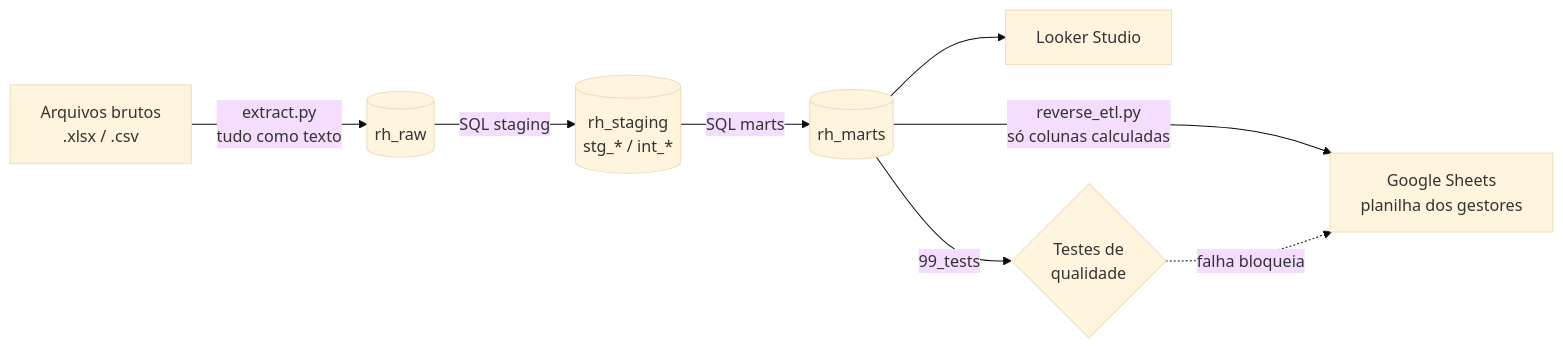
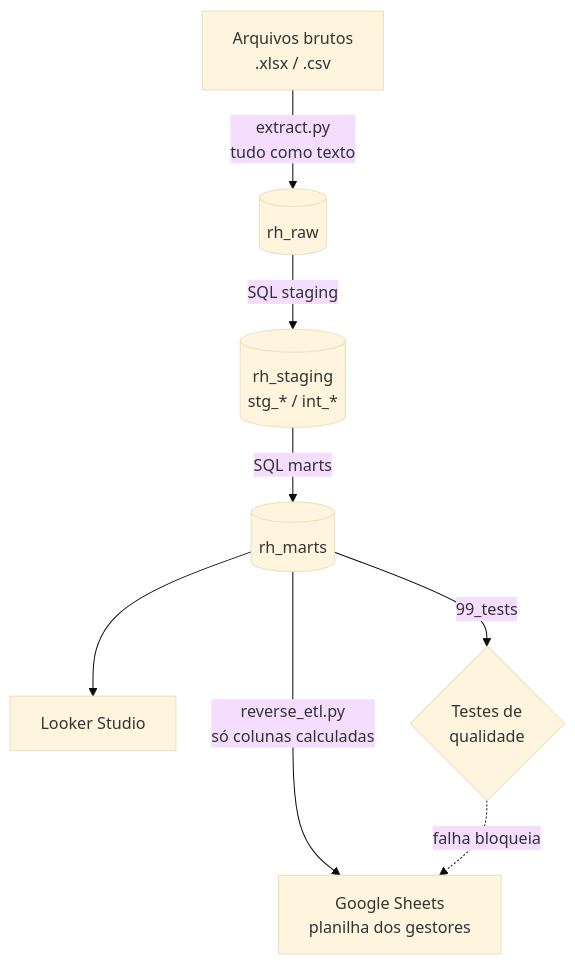
One commit to jeanecaminha/case-demarco changed the diagram in README.md. Above: the diagram before and after it, drawn with Mermaid (base theme).

Commit message:
README: diagrama de arquitetura na vertical

````diff
--- a/README.md
+++ b/README.md
@@ -34,10 +34,10 @@
 ```mermaid
-flowchart LR
+flowchart TB
     A[Arquivos brutos<br/>.xlsx / .csv] -->|extract.py<br/>tudo como texto| B[(rh_raw)]
     B -->|SQL staging| C[(rh_staging<br/>stg_* / int_*)]
     C -->|SQL marts| D[(rh_marts)]
     D --> E[Looker Studio]
     D -->|reverse_etl.py<br/>só colunas calculadas| F[Google Sheets<br/>planilha dos gestores]
     D -->|99_tests| G{Testes de<br/>qualidade}
     G -. falha bloqueia .-> F
 ```
````
